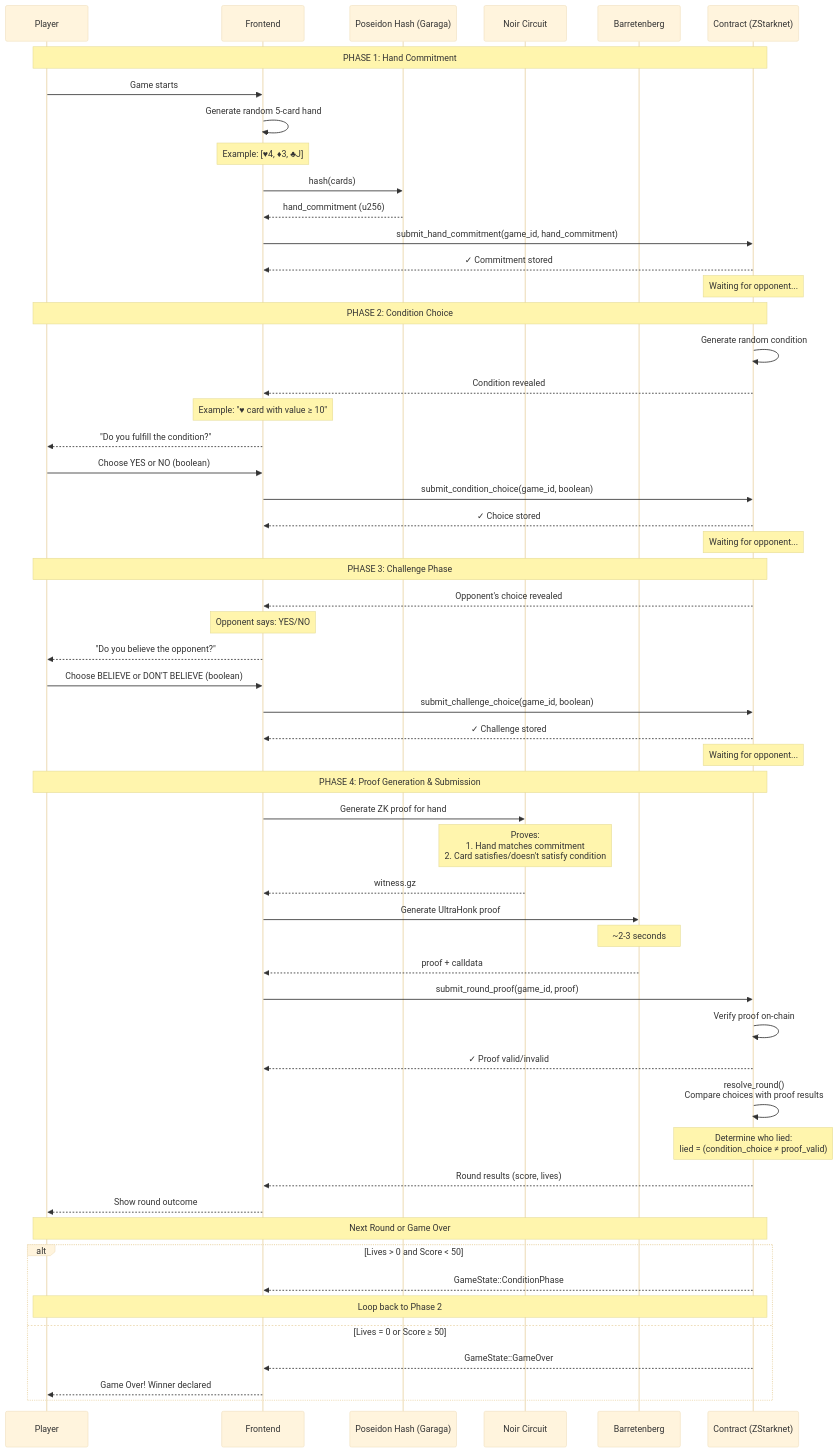
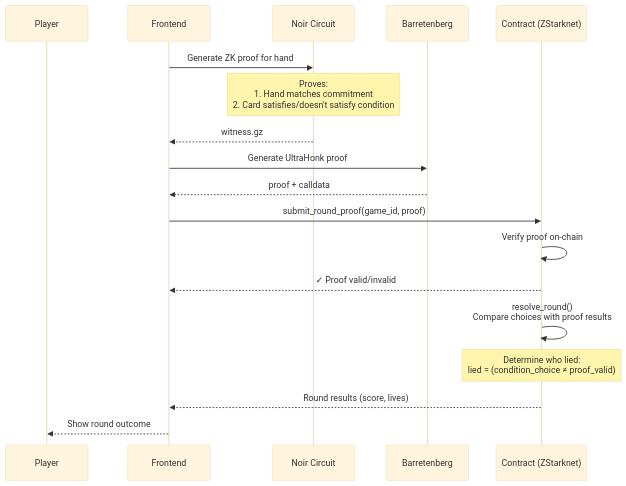
Before and after one commit to dubzn/liars-proof: the fourth of 5 diagrams in GAME_FLOW.md, drawn with Mermaid (base theme).

Commit message:
docs: Restructure game flow into explicit phases and refine sequence diagram participants.

````diff
--- a/GAME_FLOW.md
+++ b/GAME_FLOW.md
@@ -13,77 +75,25 @@
 ```mermaid
 sequenceDiagram
     participant P as Player
     participant FE as Frontend
-    participant Poseidon as Poseidon Hash (Garaga)
     participant Noir as Noir Circuit
     participant BB as Barretenberg
     participant BC as Contract (ZStarknet)
-
-    Note over P,BC: PHASE 1: Hand Commitment
-
-    P->>FE: Game starts
-    FE->>FE: Generate random 5-card hand
-    Note over FE: Example: [♥4, ♦3, ♣J]
-
-    FE->>Poseidon: hash(cards)
-    Poseidon-->>FE: hand_commitment (u256)
-
-    FE->>BC: submit_hand_commitment(game_id, hand_commitment)
-    BC-->>FE: ✓ Commitment stored
-    Note over BC: Waiting for opponent...
-
-    Note over P,BC: PHASE 2: Condition Choice
-
-    BC->>BC: Generate random condition
-    BC-->>FE: Condition revealed
-    Note over FE: Example: "♥ card with value ≥ 10"
-
-    FE-->>P: "Do you fulfill the condition?"
-    P->>FE: Choose YES or NO (boolean)
-
-    FE->>BC: submit_condition_choice(game_id, boolean)
-    BC-->>FE: ✓ Choice stored
-    Note over BC: Waiting for opponent...
-
-    Note over P,BC: PHASE 3: Challenge Phase
-
-    BC-->>FE: Opponent's choice revealed
-    Note over FE: Opponent says: YES/NO
-
-    FE-->>P: "Do you believe the opponent?"
-    P->>FE: Choose BELIEVE or DON'T BELIEVE (boolean)
-
-    FE->>BC: submit_challenge_choice(game_id, boolean)
-    BC-->>FE: ✓ Challenge stored
-    Note over BC: Waiting for opponent...
-
-    Note over P,BC: PHASE 4: Proof Generation & Submission
 
     FE->>Noir: Generate ZK proof for hand
     Note over Noir: Proves:<br/>1. Hand matches commitment<br/>2. Card satisfies/doesn't satisfy condition
     Noir-->>FE: witness.gz
 
     FE->>BB: Generate UltraHonk proof
-    Note over BB: ~2-3 seconds
     BB-->>FE: proof + calldata
 
     FE->>BC: submit_round_proof(game_id, proof)
     BC->>BC: Verify proof on-chain
     BC-->>FE: ✓ Proof valid/invalid
 
     BC->>BC: resolve_round()<br/>Compare choices with proof results
     Note over BC: Determine who lied:<br/>lied = (condition_choice ≠ proof_valid)
 
     BC-->>FE: Round results (score, lives)
     FE-->>P: Show round outcome
-
-    Note over P,BC: Next Round or Game Over
-
-    alt Lives > 0 and Score < 50
-        BC-->>FE: GameState::ConditionPhase
-        Note over P,BC: Loop back to Phase 2
-    else Lives = 0 or Score ≥ 50
-        BC-->>FE: GameState::GameOver
-        FE-->>P: Game Over! Winner declared
-    end
 ```
````
